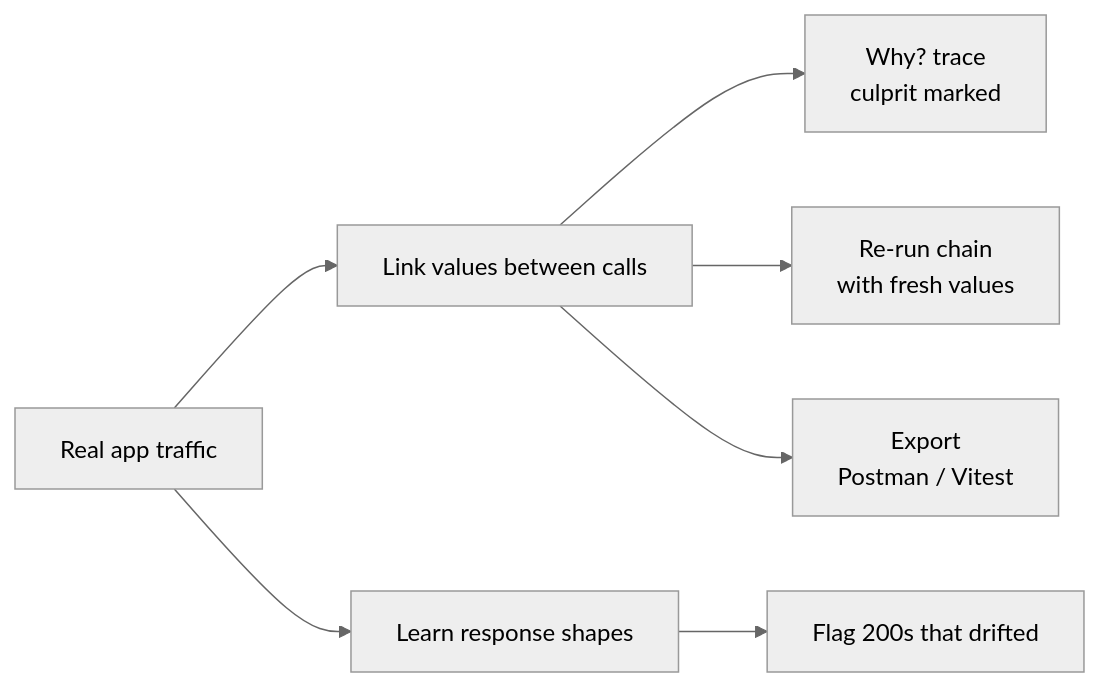
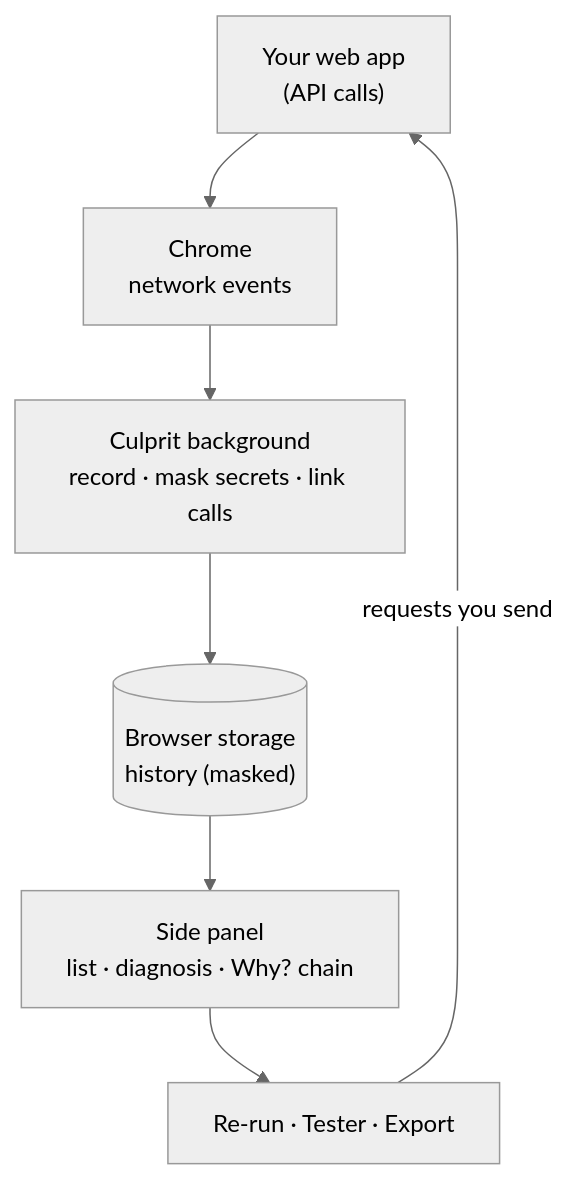
Before and after one commit to melvin-balajadia/culprit: the first of 2 diagrams in docs/CASE_STUDY.md, drawn with Mermaid (neutral theme). The commit also changed other lines of this file, not shown here.

````diff
--- a/docs/CASE_STUDY.md
+++ b/docs/CASE_STUDY.md
@@ -100,8 +148,9 @@
 ```mermaid
-flowchart LR
-    A[Real app traffic] --> B[Link values between calls]
-    B --> C["Why? trace<br/>culprit marked"]
-    B --> D["Re-run chain<br/>with fresh values"]
-    B --> E["Export<br/>Postman / Vitest"]
-    A --> F["Learn response shapes"] --> G["Flag 200s that drifted"]
+flowchart TD
+    A["Your web app<br/>(API calls)"] --> B["Chrome<br/>network events"]
+    B --> C["Culprit background<br/>record · mask secrets · link calls"]
+    C --> D[("Browser storage<br/>history (masked)")]
+    D --> E["Side panel<br/>list · diagnosis · Why? chain"]
+    E --> F["Re-run · Tester · Export"]
+    F -- "requests you send" --> A
 ```
````
